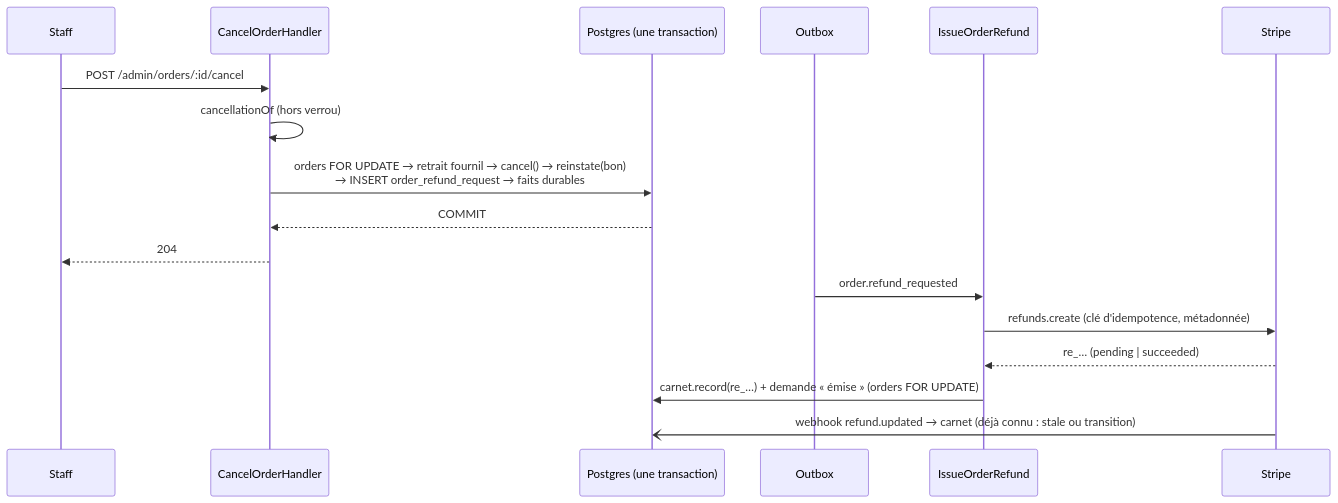
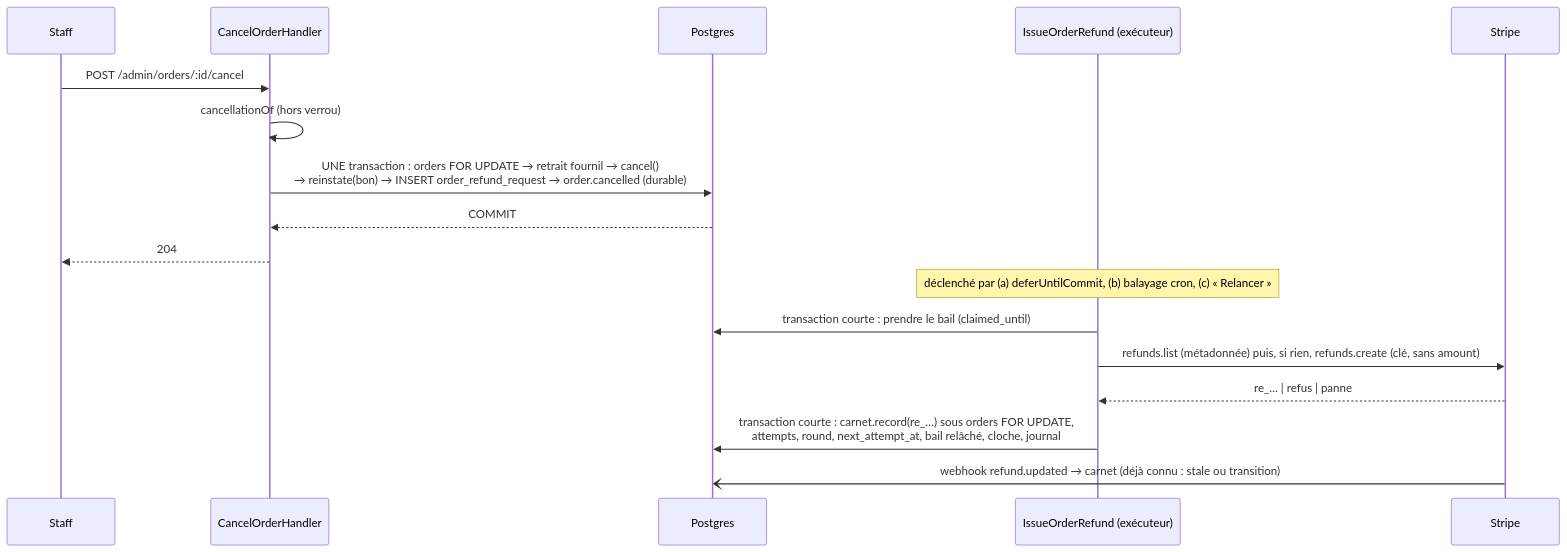
Before and after one commit to hugoheynard/lfd: the first of 2 diagrams in documentation/order/plan-annulation-de-commande.md, drawn with Mermaid. The commit also changed other lines of this file, not shown here.

First line of the commit message:
docs(commande): C4, le remboursement d'une commande payée annulée, conçu

````diff
--- a/documentation/order/plan-annulation-de-commande.md
+++ b/documentation/order/plan-annulation-de-commande.md
@@ -1567,19 +1569,19 @@
 ```mermaid
 sequenceDiagram
   participant S as Staff
   participant C as CancelOrderHandler
-  participant DB as Postgres (une transaction)
-  participant O as Outbox
-  participant R as IssueOrderRefund
+  participant DB as Postgres
+  participant X as IssueOrderRefund (exécuteur)
   participant ST as Stripe
   S->>C: POST /admin/orders/:id/cancel
   C->>C: cancellationOf (hors verrou)
-  C->>DB: orders FOR UPDATE → retrait fournil → cancel() → reinstate(bon)<br/>→ INSERT order_refund_request → faits durables
+  C->>DB: UNE transaction : orders FOR UPDATE → retrait fournil → cancel()<br/>→ reinstate(bon) → INSERT order_refund_request → order.cancelled (durable)
   DB-->>C: COMMIT
   C-->>S: 204
-  O->>R: order.refund_requested
-  R->>ST: refunds.create (clé d'idempotence, métadonnée)
-  ST-->>R: re_… (pending | succeeded)
-  R->>DB: carnet.record(re_…) + demande « émise » (orders FOR UPDATE)
+  Note over X: déclenché par (a) deferUntilCommit, (b) balayage cron, (c) « Relancer »
+  X->>DB: transaction courte : prendre le bail (claimed_until)
+  X->>ST: refunds.list (métadonnée) puis, si rien, refunds.create (clé, sans amount)
+  ST-->>X: re_… | refus | panne
+  X->>DB: transaction courte : carnet.record(re_…) sous orders FOR UPDATE,<br/>attempts, round, next_attempt_at, bail relâché, cloche, journal
   ST-)DB: webhook refund.updated → carnet (déjà connu : stale ou transition)
 ```
````
